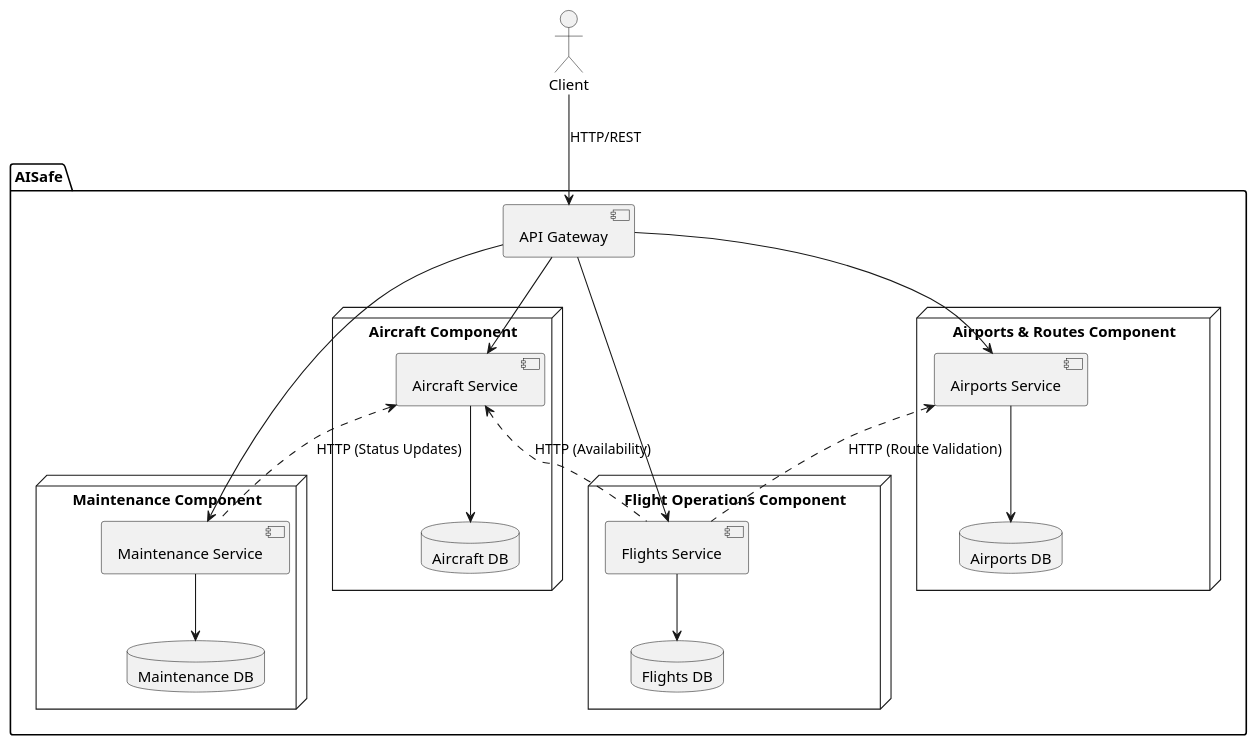
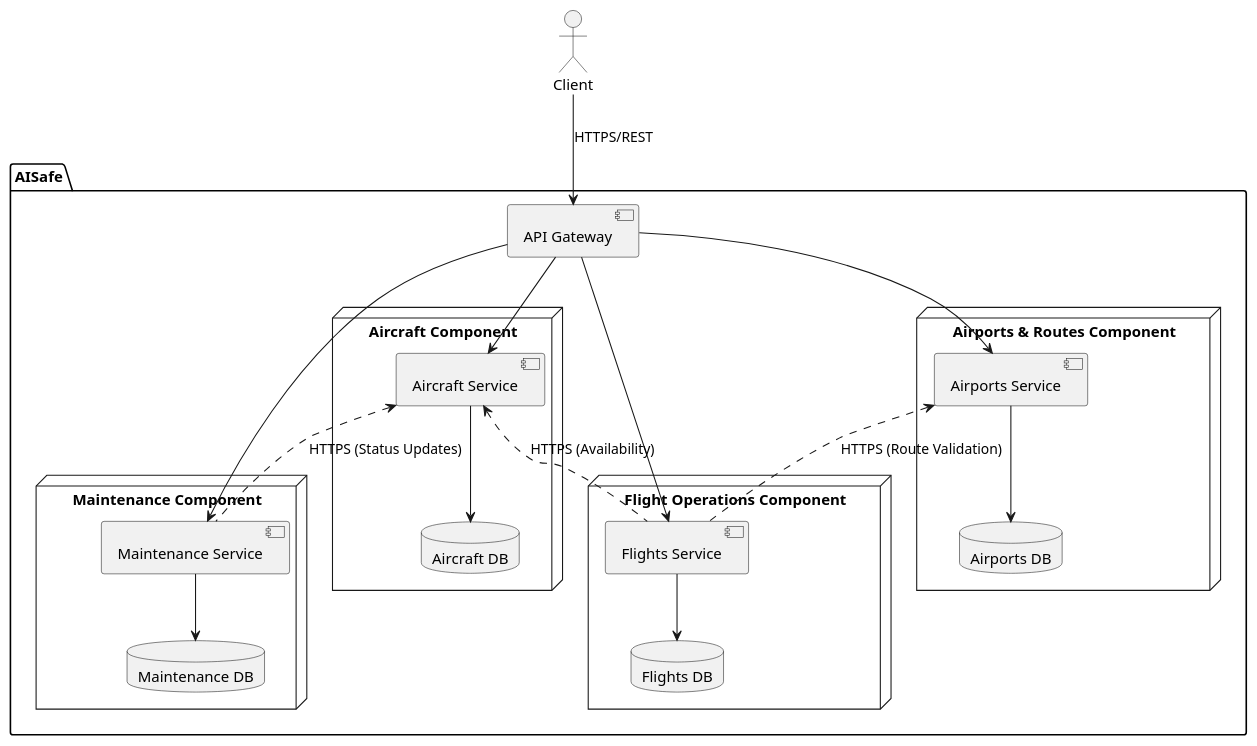
One commit to anamartasilvaa/SIDIG_AI_Safe changed the diagram in docs/high-level.puml. Above: the diagram before and after it, drawn with PlantUML. The commit also changed 3 other files, not shown here.

```diff
--- a/docs/high-level.puml
+++ b/docs/high-level.puml
@@ -1,45 +1,45 @@
 @startuml
 
 actor Client
 
 package "AISafe" {
     
     [API Gateway]
     
     node "Aircraft Component" {
         [Aircraft Service]
         database "Aircraft DB"
     }
     
     node "Maintenance Component" {
             [Maintenance Service]
         database "Maintenance DB"
     }
     
     node "Airports & Routes Component" {
         [Airports Service]
         database "Airports DB"
     }
     
     node "Flight Operations Component" {
         [Flights Service]
         database "Flights DB"
     }
 }
 
-Client --> [API Gateway] : HTTP/REST
+Client --> [API Gateway] : HTTPS/REST
 [API Gateway] --> [Aircraft Service]
 [API Gateway] --> [Maintenance Service]
 [API Gateway] --> [Airports Service]
 [API Gateway] --> [Flights Service]
 
 [Aircraft Service] -down-> "Aircraft DB"
 [Maintenance Service] -down-> "Maintenance DB"
 [Airports Service] -down-> "Airports DB"
 [Flights Service] -down-> "Flights DB"
 
-[Maintenance Service] .up.> [Aircraft Service] : HTTP (Status Updates)
-[Flights Service] .up.> [Aircraft Service] : HTTP (Availability)
-[Flights Service] .up.> [Airports Service] : HTTP (Route Validation)
+[Maintenance Service] .up.> [Aircraft Service] : HTTPS (Status Updates)
+[Flights Service] .up.> [Aircraft Service] : HTTPS (Availability)
+[Flights Service] .up.> [Airports Service] : HTTPS (Route Validation)
 
 @enduml
```
